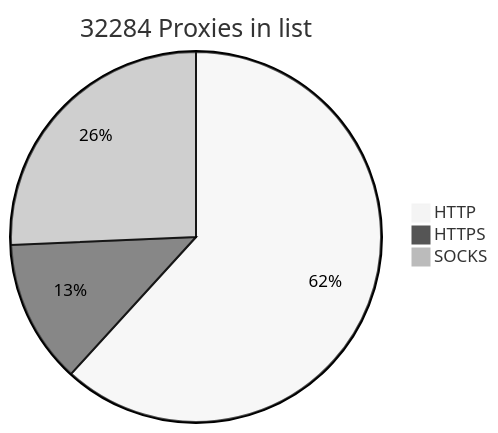
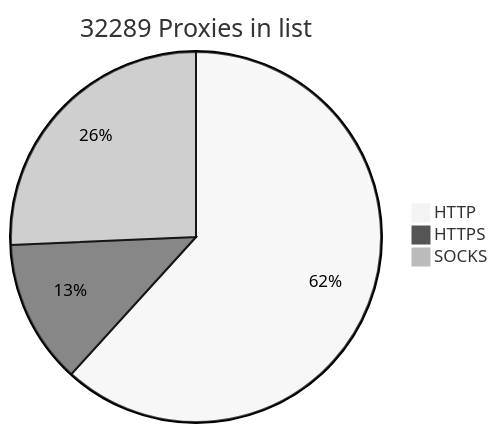
One commit to BlackSnowDot/proxylist-update-every-minute changed the diagram in README.md. Above: the diagram before and after it, drawn with Mermaid (neutral theme). The commit also changed other lines of this file, not shown here.

````diff
--- a/README.md
+++ b/README.md
@@ -2,6 +2,6 @@
 ```mermaid
-pie title 32284 Proxies in list
-    "HTTP" : 22030
-    "HTTPS": 4472
+pie title 32289 Proxies in list
+    "HTTP" : 22032
+    "HTTPS": 4491
     "SOCKS" : 9164
 ```
````
